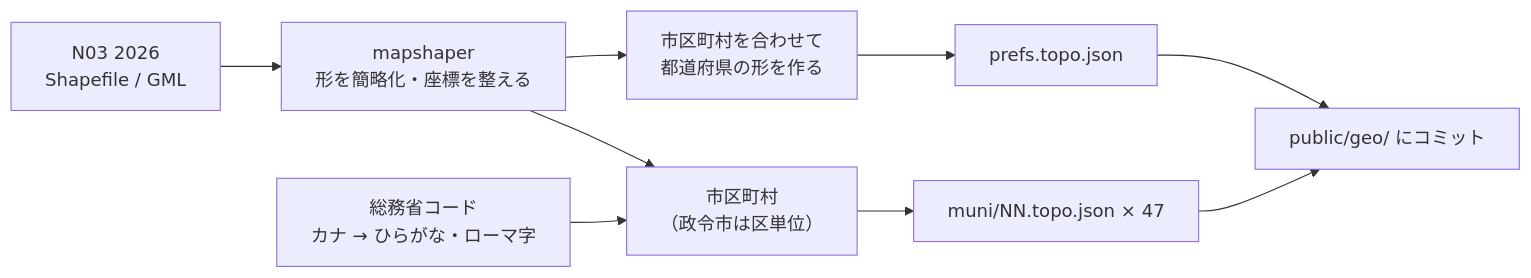
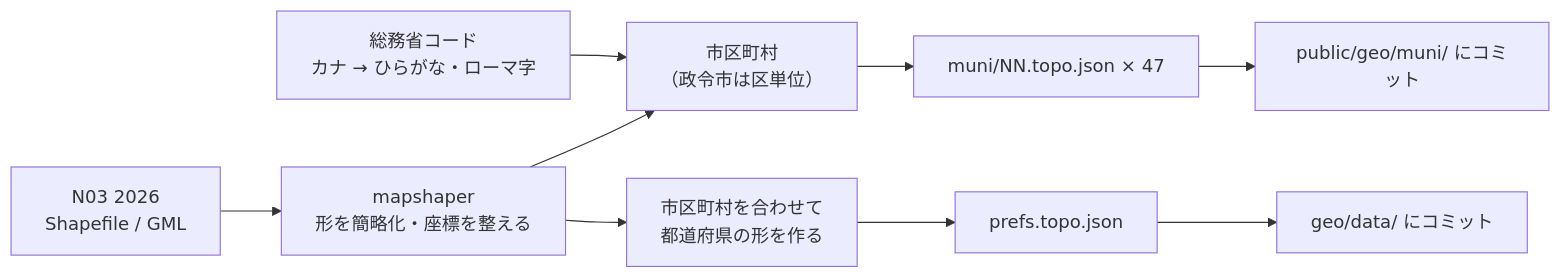
The second of 5 diagrams in docs/development-overview.md (vivastack-labs/vivastack-build-maps), drawn with Mermaid before and after one commit. The commit also changed other lines of this file, not shown here.

````diff
--- a/docs/development-overview.md
+++ b/docs/development-overview.md
@@ -519,11 +654,11 @@
 ```mermaid
 flowchart LR
   A["N03 2026<br/>Shapefile / GML"] --> B["mapshaper<br/>形を簡略化・座標を整える"]
   B --> C["市区町村<br/>（政令市は区単位）"]
   B --> D["市区町村を合わせて<br/>都道府県の形を作る"]
   E["総務省コード<br/>カナ → ひらがな・ローマ字"] --> C
   C --> F["muni/NN.topo.json × 47"]
   D --> G["prefs.topo.json"]
-  F --> H["public/geo/ にコミット"]
-  G --> H
+  F --> H["public/geo/muni/ にコミット"]
+  G --> I["geo/data/ にコミット"]
 ```
````
